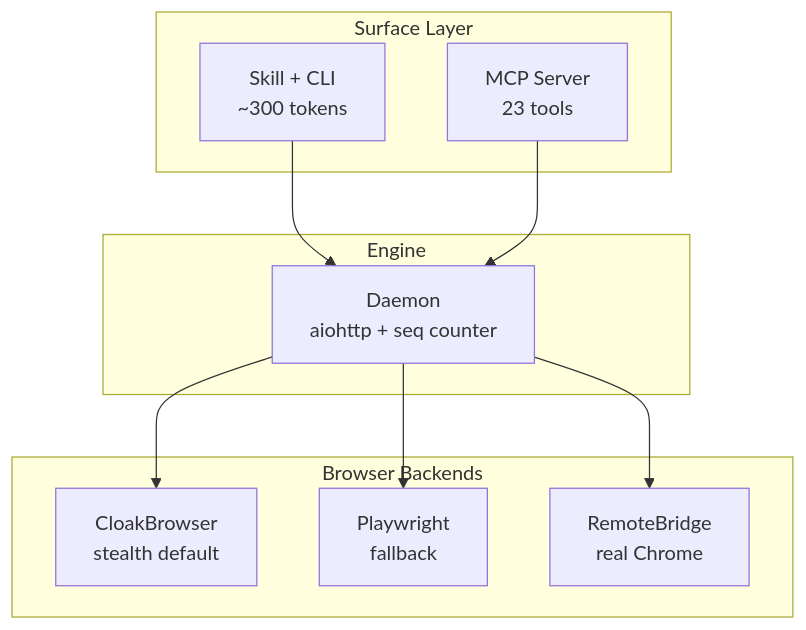
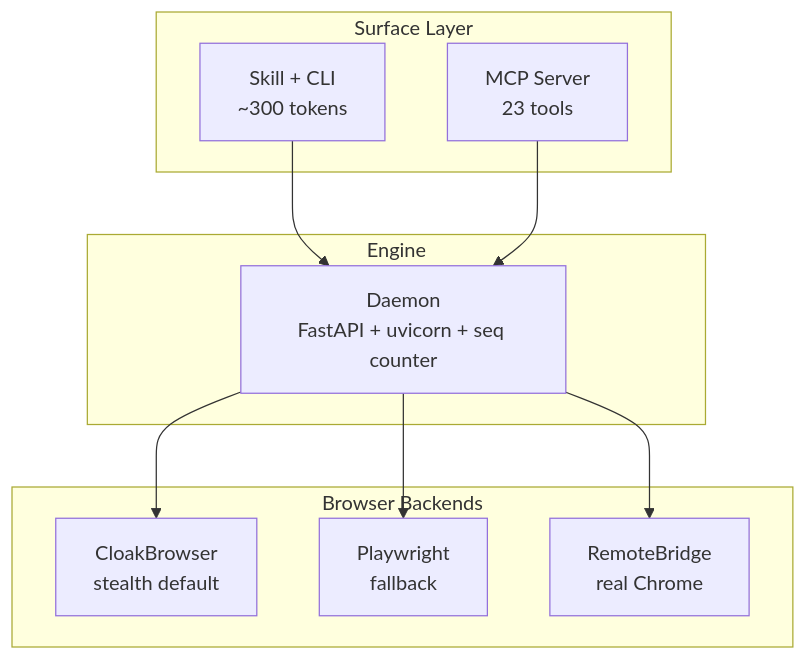
Before and after one commit to shayu01/agentcloak: the diagram in README.md, drawn with Mermaid. The commit also changed other lines of this file and 11 other files, not shown here.

````diff
--- a/README.md
+++ b/README.md
@@ -161,23 +161,23 @@
 ```mermaid
 graph TD
     subgraph Surface["Surface Layer"]
         Skill["Skill + CLI<br/>~300 tokens"]
         MCP["MCP Server<br/>23 tools"]
     end
 
     subgraph Engine["Engine"]
-        Daemon["Daemon<br/>aiohttp + seq counter"]
+        Daemon["Daemon<br/>FastAPI + uvicorn + seq counter"]
     end
 
     subgraph Backends["Browser Backends"]
         Cloak["CloakBrowser<br/>stealth default"]
         PW["Playwright<br/>fallback"]
         Bridge["RemoteBridge<br/>real Chrome"]
     end
 
     Skill --> Daemon
     MCP --> Daemon
     Daemon --> Cloak
     Daemon --> PW
     Daemon --> Bridge
 ```
````
